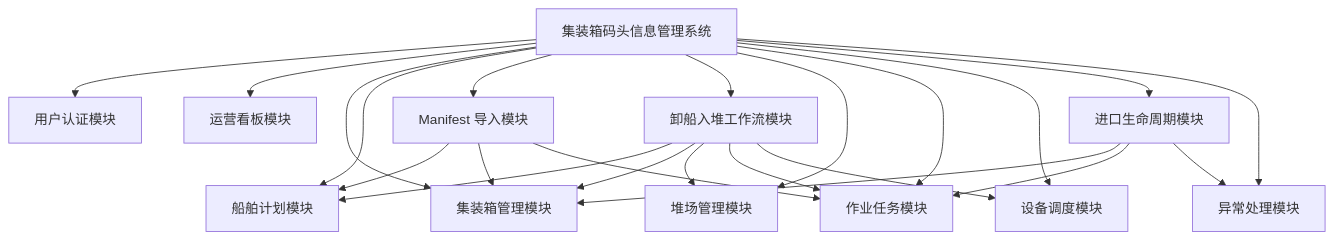
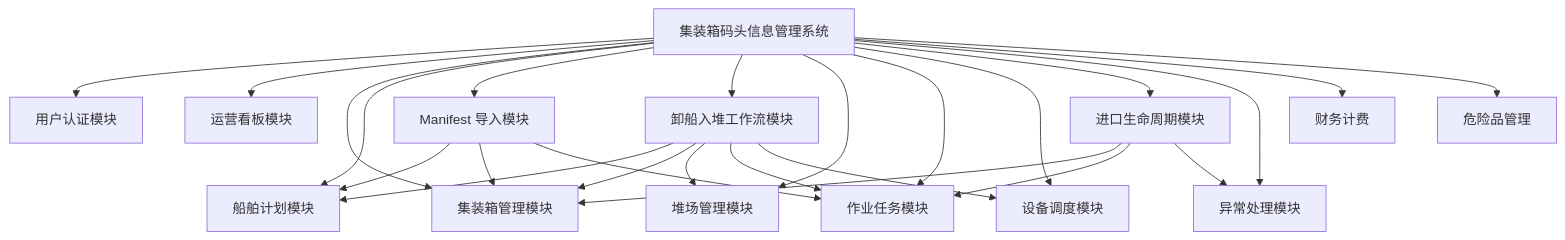
Before and after one commit to zhuqiuqiuqiu/Container-terminal-management-system: the seventh of 17 diagrams in 数据流与模块设计分析报告.md, drawn with Mermaid. The commit also changed 9 other files, not shown here.

````diff
--- a/数据流与模块设计分析报告.md
+++ b/数据流与模块设计分析报告.md
@@ -327,40 +327,44 @@
 ```mermaid
 flowchart TB
     SYS["集装箱码头信息管理系统"]
 
     M1["用户认证模块"]
     M2["运营看板模块"]
     M3["集装箱管理模块"]
     M4["船舶计划模块"]
     M5["Manifest 导入模块"]
     M6["卸船入堆工作流模块"]
     M7["堆场管理模块"]
     M8["作业任务模块"]
     M9["设备调度模块"]
     M10["进口生命周期模块"]
     M11["异常处理模块"]
+    M12["财务计费"]
+    M13["危险品管理"]
 
     SYS --> M1
     SYS --> M2
     SYS --> M3
     SYS --> M4
     SYS --> M5
     SYS --> M6
     SYS --> M7
     SYS --> M8
     SYS --> M9
     SYS --> M10
     SYS --> M11
-
+	SYS --> M12
+	SYS --> M13
+	
     M5 --> M4
     M5 --> M3
     M5 --> M8
     M6 --> M4
     M6 --> M3
     M6 --> M7
     M6 --> M8
     M6 --> M9
     M10 --> M3
     M10 --> M8
     M10 --> M11
 ```
````
